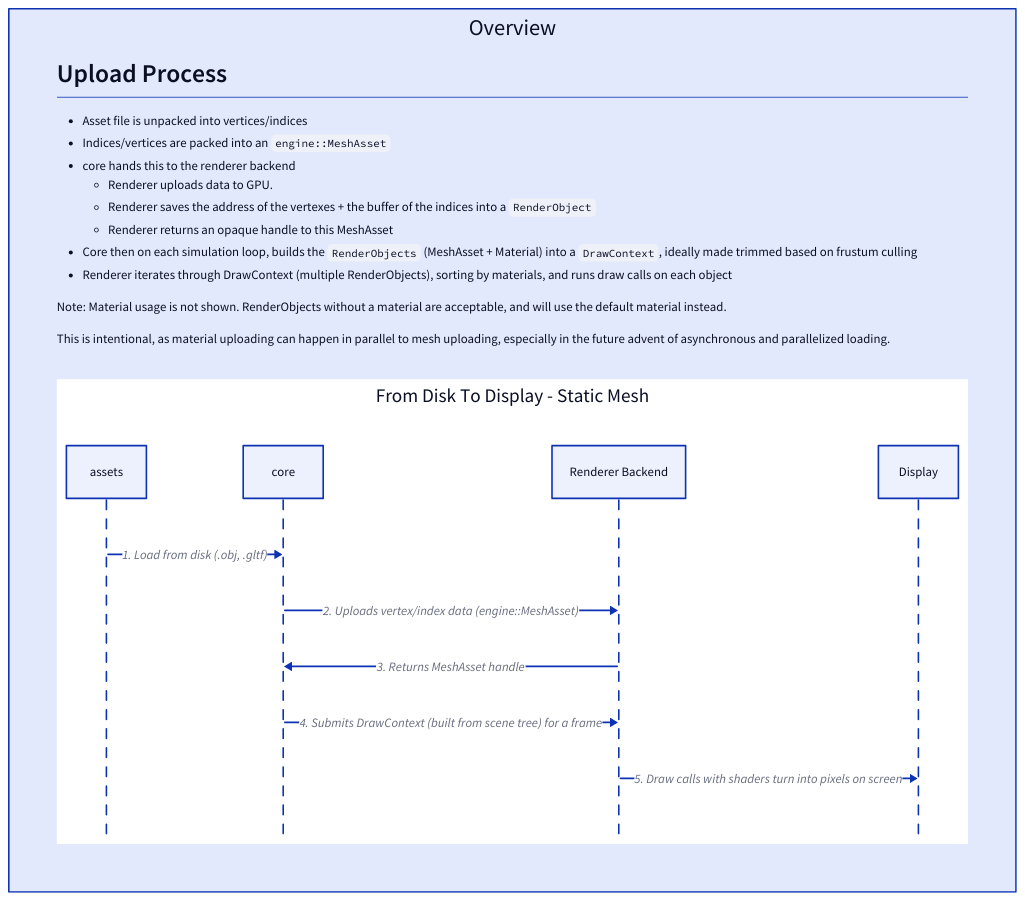
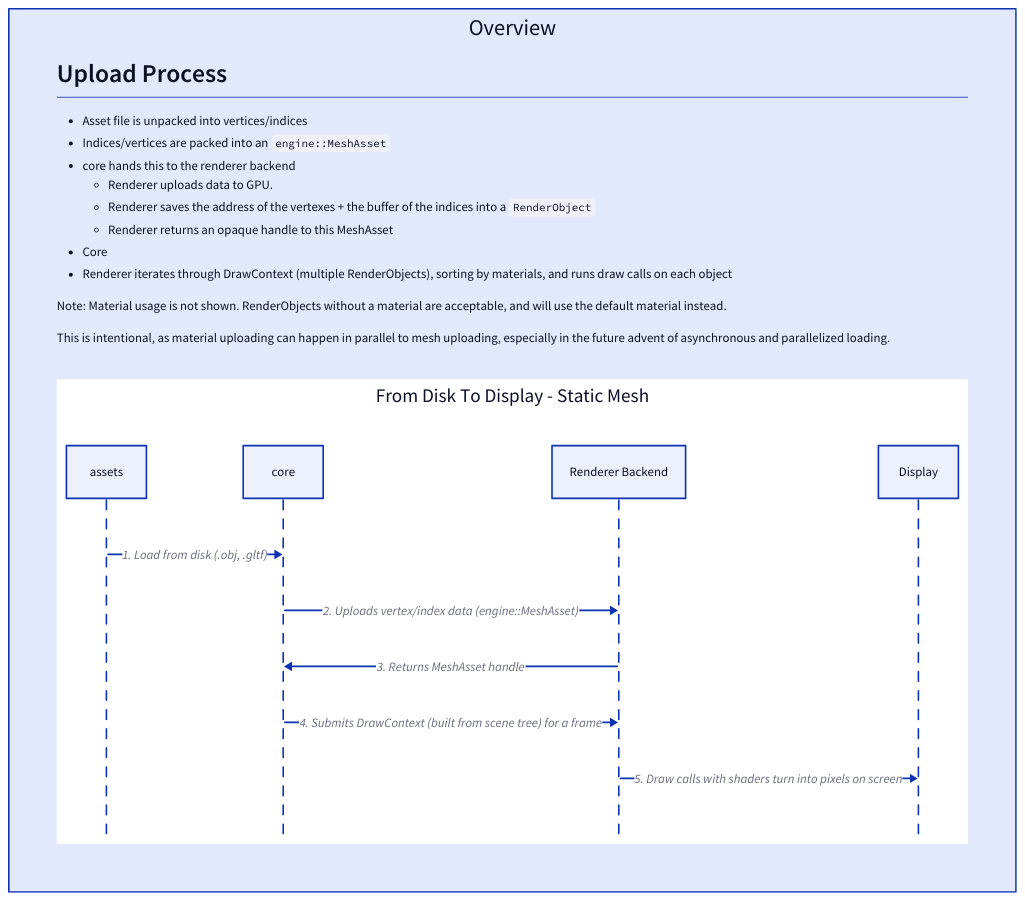
Before and after one commit to mmorgan00/ProjectBulldog: the diagram in docs/diagrams/static-mesh-lifecycle.d2, drawn with D2. The commit also changed 6 other files, not shown here.

```diff
--- a/docs/diagrams/static-mesh-lifecycle.d2
+++ b/docs/diagrams/static-mesh-lifecycle.d2
@@ -1,35 +1,35 @@
 Overview: {
 grid-rows: 2
 grid-columns: 1
 
   explanation: |md
     # Upload Process
     - Asset file is unpacked into vertices/indices
     - Indices/vertices are packed into an `engine::MeshAsset`
     - core hands this to the renderer backend
       - Renderer uploads data to GPU.
       - Renderer saves the address of the vertexes + the buffer of the indices into a `RenderObject`
       - Renderer returns an opaque handle to this MeshAsset
-    - Core then on each simulation loop, builds the `RenderObjects` (MeshAsset + Material) into a `DrawContext`, ideally made trimmed based on frustum culling
+    - Core
     - Renderer iterates through DrawContext (multiple RenderObjects), sorting by materials, and runs draw calls on each object
 
     Note: Material usage is not shown. RenderObjects without a material are acceptable, and will use the default material instead.
 
     This is intentional, as material uploading can happen in parallel to mesh uploading, especially in the future advent of asynchronous and parallelized loading.
   |
 
   diagram: {
     label: From Disk To Display - Static Mesh
     shape: sequence_diagram
 
     assets
     core
     rb: Renderer Backend
 
     assets -> core: 1. Load from disk (.obj, .gltf)
     core -> rb: 2. Uploads vertex/index data (engine::MeshAsset)
     rb -> core: 3. Returns MeshAsset handle
     core -> rb: 4. Submits DrawContext (built from scene tree) for a frame
     rb -> Display: 5. Draw calls with shaders turn into pixels on screen
   }
 }
```
